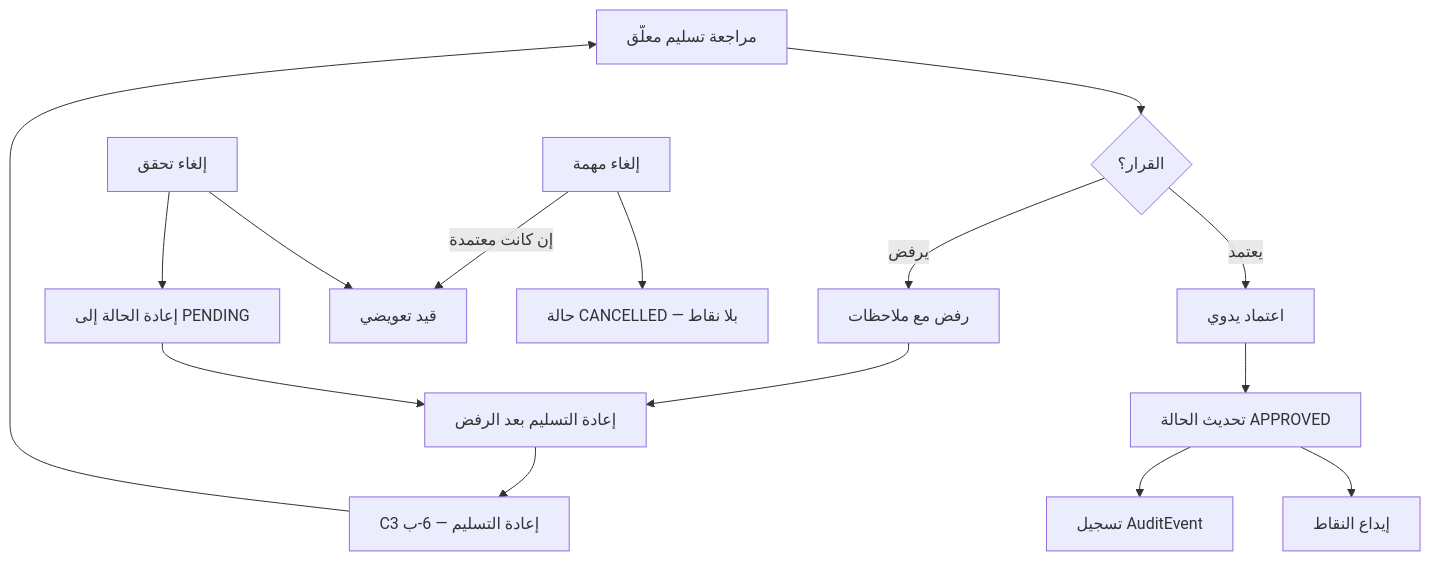
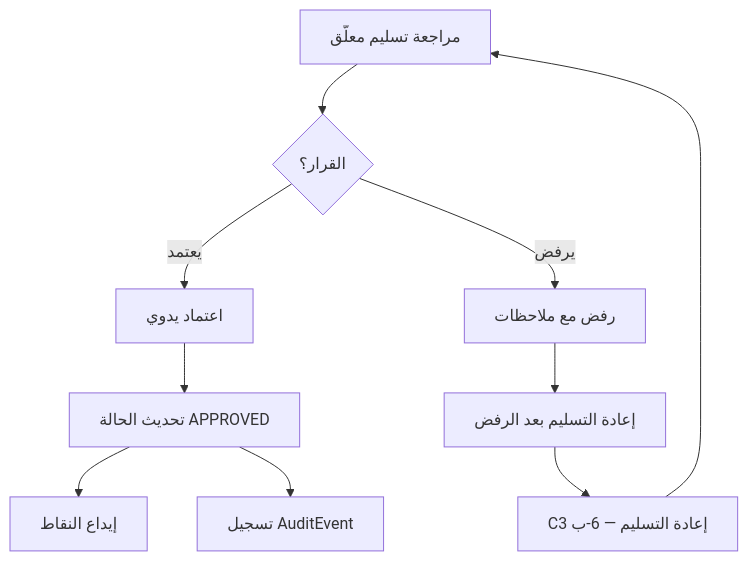
One commit to Bassam-mohammed-alqaeadi/family-os-v2 changed diagram 29 of 30 in docs/family-os/governance/phases/phase-1/S1-06-tasks-and-calendar/DIAGRAMS.md. Above: the diagram before and after it, drawn with Mermaid. The commit also changed other lines of this file, not shown here.

````diff
--- a/docs/family-os/governance/phases/phase-1/S1-06-tasks-and-calendar/DIAGRAMS.md
+++ b/docs/family-os/governance/phases/phase-1/S1-06-tasks-and-calendar/DIAGRAMS.md
@@ -801,17 +959,12 @@
 ```mermaid
 flowchart TD
     F2[مراجعة تسليم معلّق] --> F3{القرار؟}
     F3 -->|يعتمد| F4[اعتماد يدوي]
     F3 -->|يرفض| F5[رفض مع ملاحظات]
     F4 --> V3[تحديث الحالة APPROVED]
     V3 --> W2[إيداع النقاط]
     V3 --> V6[تسجيل AuditEvent]
     F5 --> C4[إعادة التسليم بعد الرفض]
     C4 --> C3x["C3 إعادة التسليم — 6-ب"]
     C3x --> F2
-    F6[إلغاء تحقق] --> W3[قيد تعويضي]
-    F6 --> V7[إعادة الحالة إلى PENDING]
-    V7 --> C4
-    F8[إلغاء مهمة] --> V8[حالة CANCELLED — بلا نقاط]
-    F8 -->|إن كانت معتمدة| W3
 ```
````
